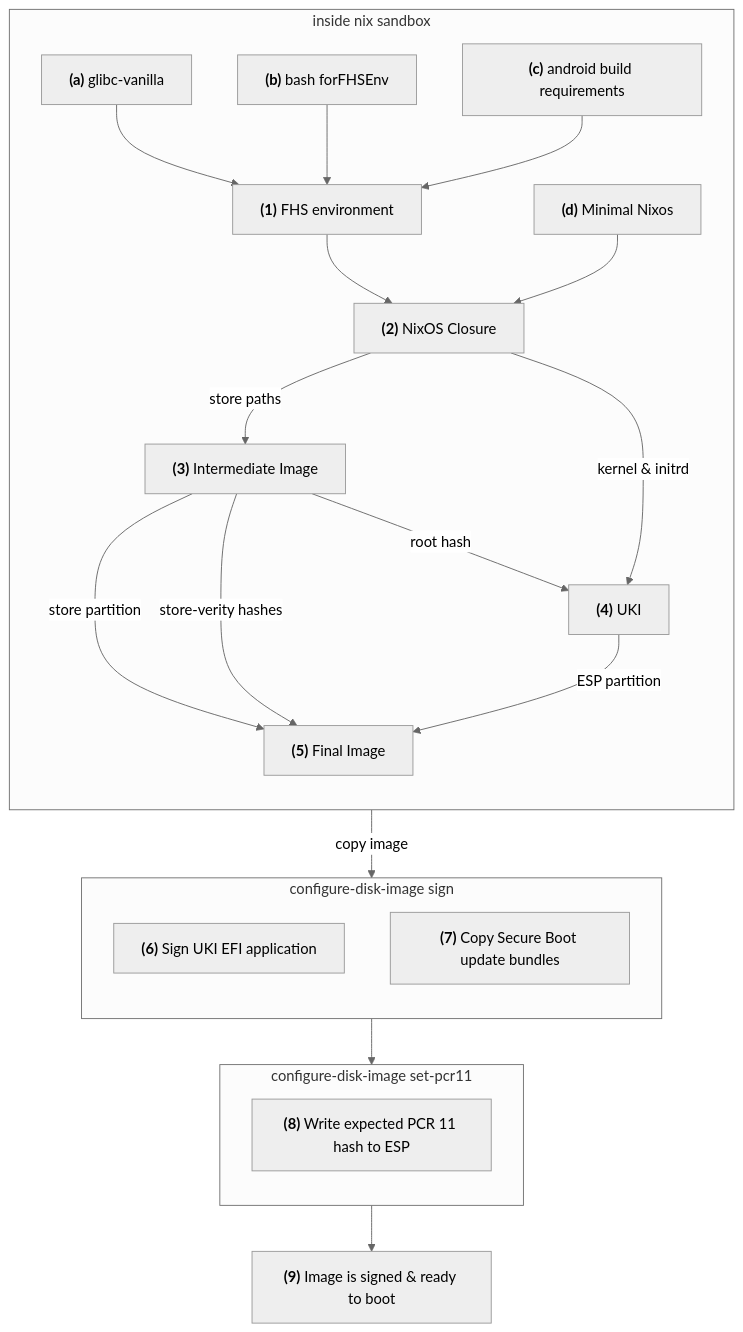
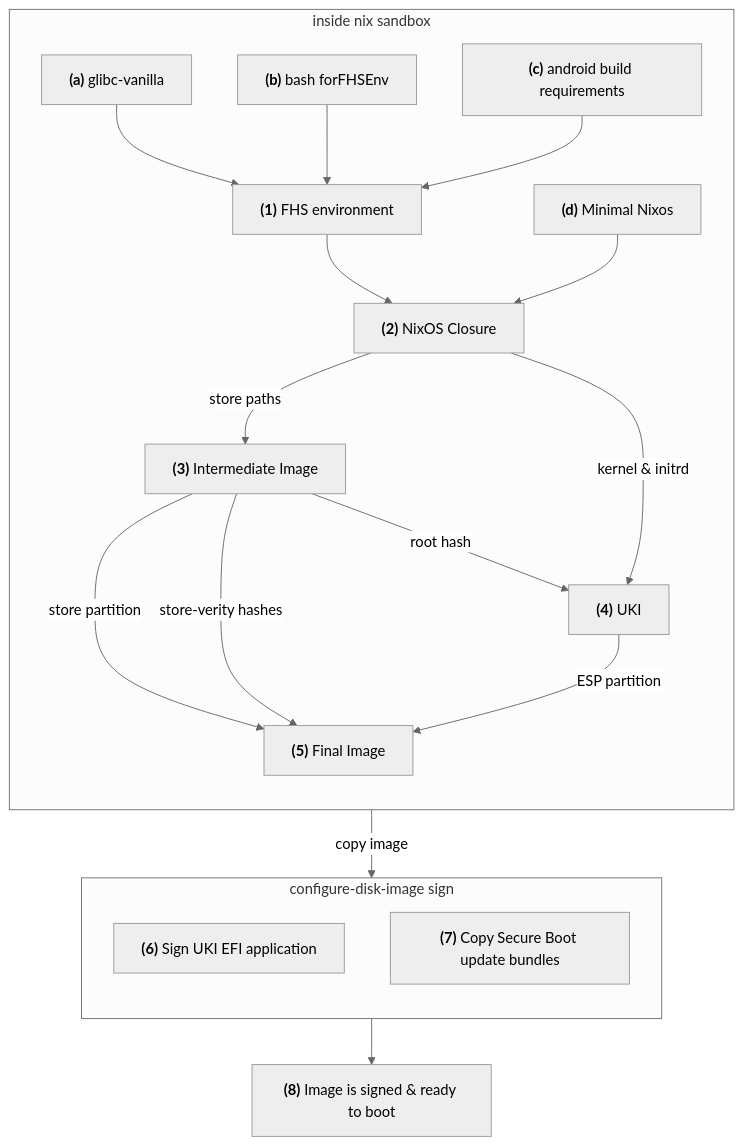
One commit to phaer/nixos-android-builder changed the second of 3 diagrams in docs/docs.md. Above: the diagram before and after it, drawn with Mermaid. The commit also changed other lines of this file and 11 other files, not shown here.

First line of the commit message:
Remove expected-pcr11 mechanism entirely

```diff
--- a/docs/docs.md
+++ b/docs/docs.md
@@ -310,41 +309,35 @@
 ~~~mermaid
 ---
 config:
   theme: neutral
 ---
 flowchart TB
     subgraph nixbuild["inside nix sandbox"]
       direction TB
 
       fhsenv["<b>(1)</b> FHS environment"]
       glibc["<b>(a)</b> glibc-vanilla"] --> fhsenv 
       bash["<b>(b)</b> bash forFHSEnv"] --> fhsenv
       tools["<b>(c)</b> android build requirements"] --> fhsenv
       fhsenv --> nixos["<b>(2)</b> NixOS Closure" ]
       minimal-nixos["<b>(d)</b> Minimal Nixos"] --> nixos
       nixos -- store paths --> intermediate["<b>(3)</b> Intermediate Image" ]
       intermediate -- store partition --> final["<b>(5)</b> Final Image"]
       intermediate -- store-verity hashes --> final
       intermediate -- root hash --> uki["<b>(4)</b> UKI"]
       nixos -- kernel & initrd --> uki
       uki -- ESP partition  --> final
     end
 
     final -- copy image --> signing-script
     subgraph signing-script["configure-disk-image sign"]
       direction TB
 
       sign-uki["<b>(6)</b> Sign UKI EFI application"]
       copy-auth["<b>(7)</b> Copy Secure Boot update bundles"]
     end
 
-    signing-script --> set-pcr11
-    subgraph set-pcr11["configure-disk-image set-pcr11"]
-      direction TB
-      inject-pcr11["<b>(8)</b> Write expected PCR 11 hash to ESP"]
-    end
-
-    set-pcr11 --> signed
-    signed["<b>(9)</b> Image is signed & ready to boot"]
+    signing-script --> signed
+    signed["<b>(8)</b> Image is signed & ready to boot"]
 
 ~~~
```
